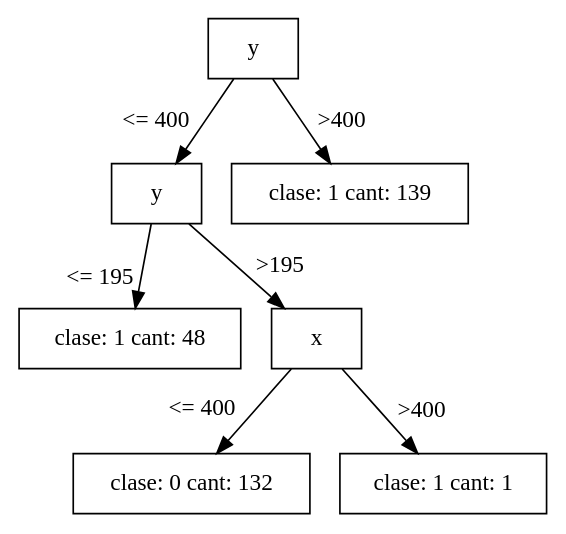
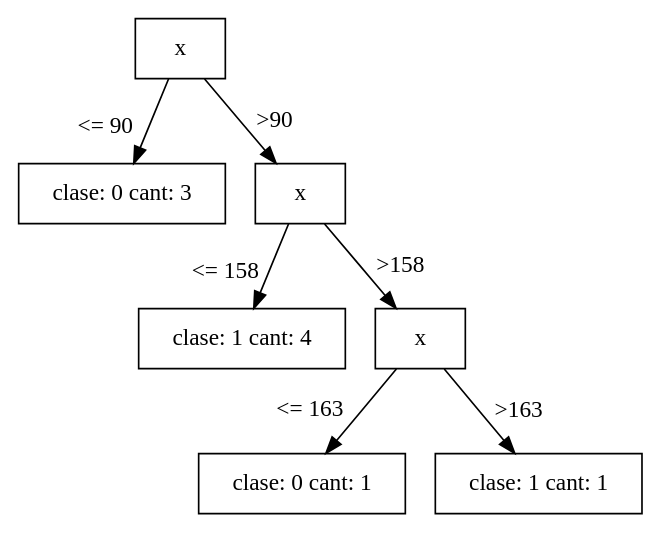
The diagram in arbol.gv (gabrielhruza/iatpi), drawn with Graphviz before and after one commit. The commit also changed 13 other files, not shown here.

```diff
--- a/arbol.gv
+++ b/arbol.gv
@@ -1,17 +1,17 @@
 digraph "mi arbol" {
 	size=8.5
 	node [shape=box]
-	0 [label=y]
-	0 -> 1 [headlabel="<= 400" labelangle=60 labeldistance=2.8]
-	0 -> 6 [label=">400"]
-	1 [label=y]
-	1 -> 2 [headlabel="<= 195" labelangle=60 labeldistance=2.8]
-	1 -> 3 [label=">195"]
-	2 [label="clase: 1 cant: 48"]
-	3 [label=x]
-	3 -> 4 [headlabel="<= 400" labelangle=60 labeldistance=2.8]
-	3 -> 5 [label=">400"]
-	4 [label="clase: 0 cant: 132"]
-	5 [label="clase: 1 cant: 1"]
-	6 [label="clase: 1 cant: 139"]
+	0 [label=x]
+	0 -> 1 [headlabel="<= 90" labelangle=60 labeldistance=2.8]
+	0 -> 2 [label=">90"]
+	1 [label="clase: 0 cant: 3"]
+	2 [label=x]
+	2 -> 3 [headlabel="<= 158" labelangle=60 labeldistance=2.8]
+	2 -> 4 [label=">158"]
+	3 [label="clase: 1 cant: 4"]
+	4 [label=x]
+	4 -> 5 [headlabel="<= 163" labelangle=60 labeldistance=2.8]
+	4 -> 6 [label=">163"]
+	5 [label="clase: 0 cant: 1"]
+	6 [label="clase: 1 cant: 1"]
 }
```
